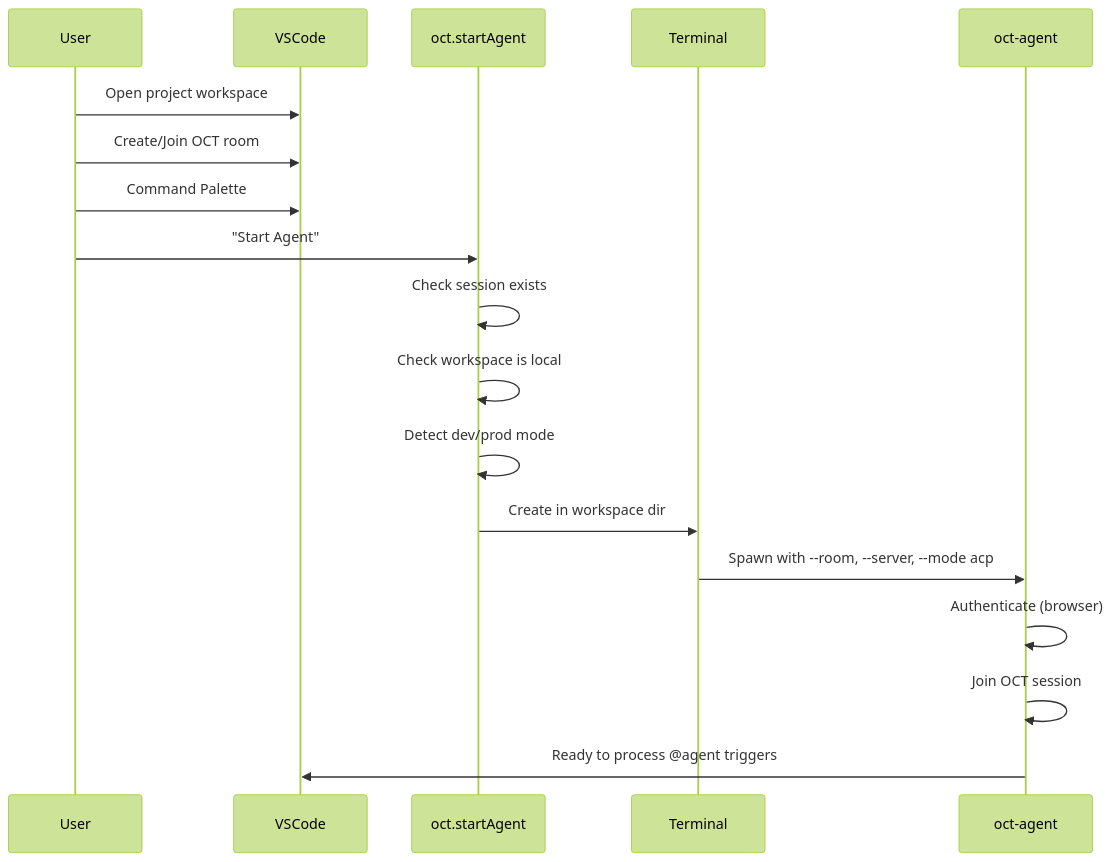
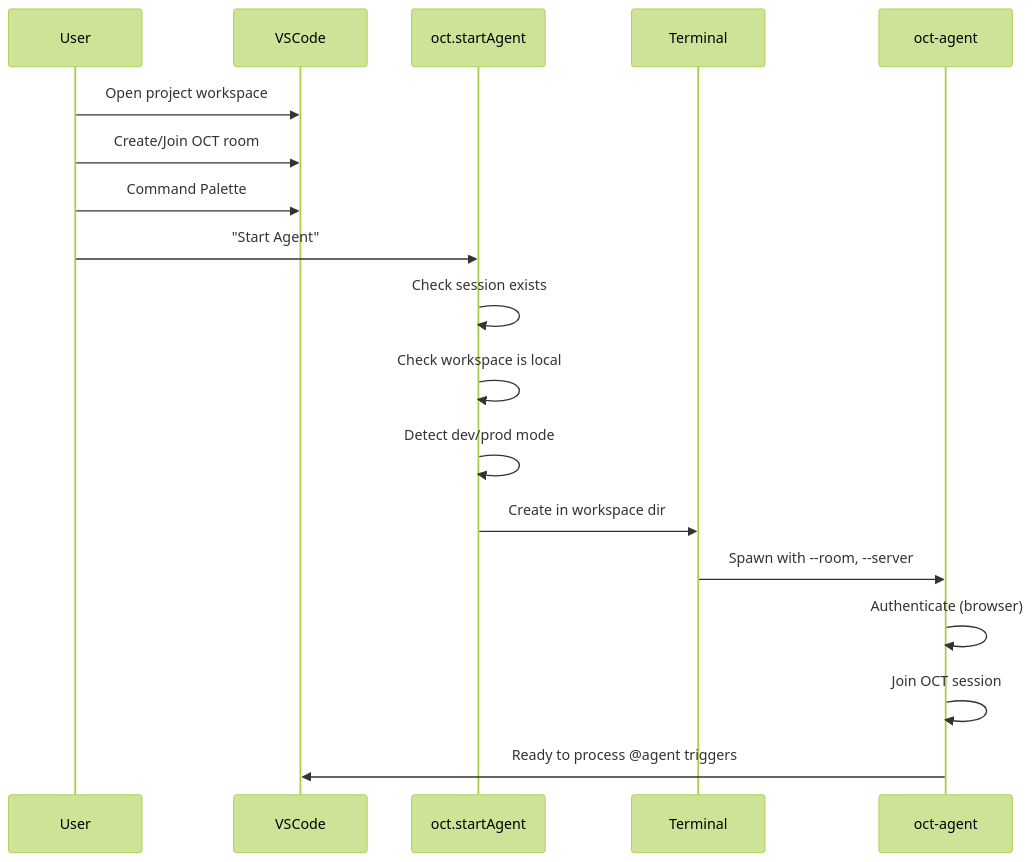
The diagram in packages/open-collaboration-agent/ACP_CONCEPT.md (eclipse-oct/open-collaboration-tools), drawn with Mermaid (forest theme) before and after one commit. The commit also changed other lines of this file and 16 other files, not shown here.

First line of the commit message:
refactor(agent): remove embedded mode, use ACP only

````diff
--- a/packages/open-collaboration-agent/ACP_CONCEPT.md
+++ b/packages/open-collaboration-agent/ACP_CONCEPT.md
@@ -121,21 +117,21 @@
 ```mermaid
 sequenceDiagram
     participant User
     participant VSCode
     participant Command as oct.startAgent
     participant Terminal
     participant Agent as oct-agent
 
     User->>VSCode: Open project workspace
     User->>VSCode: Create/Join OCT room
     User->>VSCode: Command Palette
     User->>Command: "Start Agent"
     Command->>Command: Check session exists
     Command->>Command: Check workspace is local
     Command->>Command: Detect dev/prod mode
     Command->>Terminal: Create in workspace dir
-    Terminal->>Agent: Spawn with --room, --server, --mode acp
+    Terminal->>Agent: Spawn with --room, --server
     Agent->>Agent: Authenticate (browser)
     Agent->>Agent: Join OCT session
     Agent->>VSCode: Ready to process @agent triggers
 ```
````
